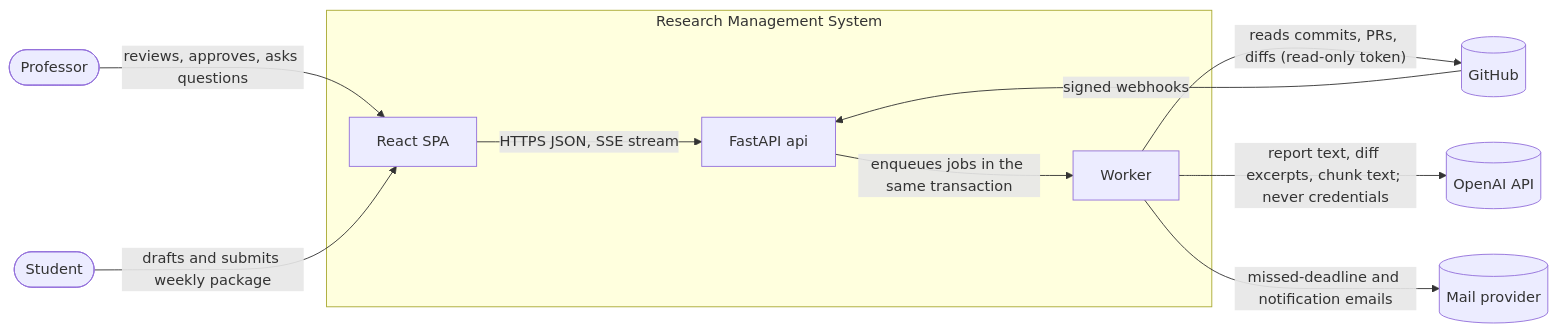
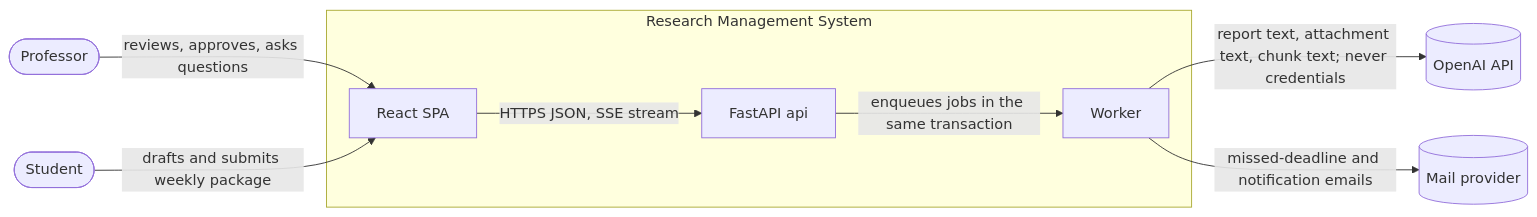
Before and after one commit to thanhtrunghuynh93/research_manager: the first of 6 diagrams in docs/architecture.md, drawn with Mermaid. The commit also changed other lines of this file and 101 other files, not shown here.

````diff
--- a/docs/architecture.md
+++ b/docs/architecture.md
@@ -24,22 +23,19 @@
 ```mermaid
 flowchart LR
     Prof([Professor])
     Stu([Student])
     subgraph RMS[Research Management System]
         SPA[React SPA]
         API[FastAPI api]
         WRK[Worker]
     end
-    GH[(GitHub)]
     OAI[(OpenAI API)]
     MAIL[(Mail provider)]
 
     Prof -- "reviews, approves, asks questions" --> SPA
     Stu -- "drafts and submits weekly package" --> SPA
     SPA -- "HTTPS JSON, SSE stream" --> API
     API -- "enqueues jobs in the same transaction" --> WRK
-    WRK -- "reads commits, PRs, diffs (read-only token)" --> GH
-    GH -- "signed webhooks" --> API
-    WRK -- "report text, diff excerpts, chunk text; never credentials" --> OAI
+    WRK -- "report text, attachment text, chunk text; never credentials" --> OAI
     WRK -- "missed-deadline and notification emails" --> MAIL
 ```
````
